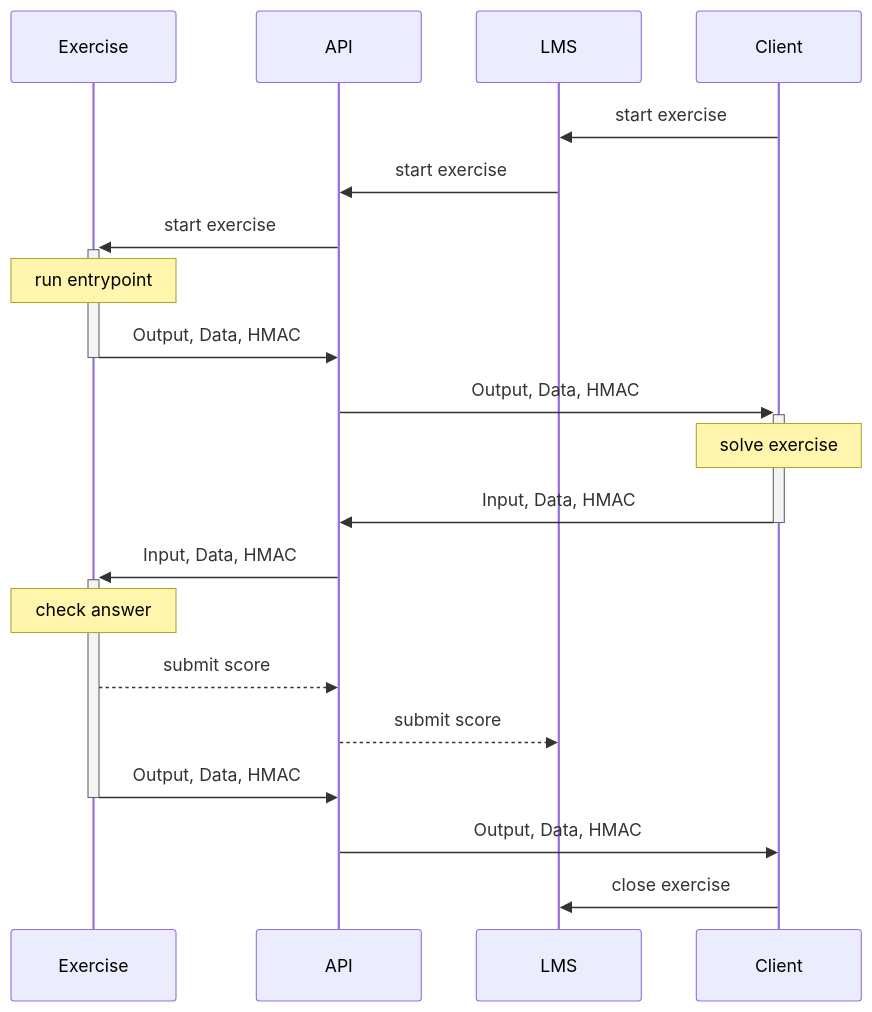
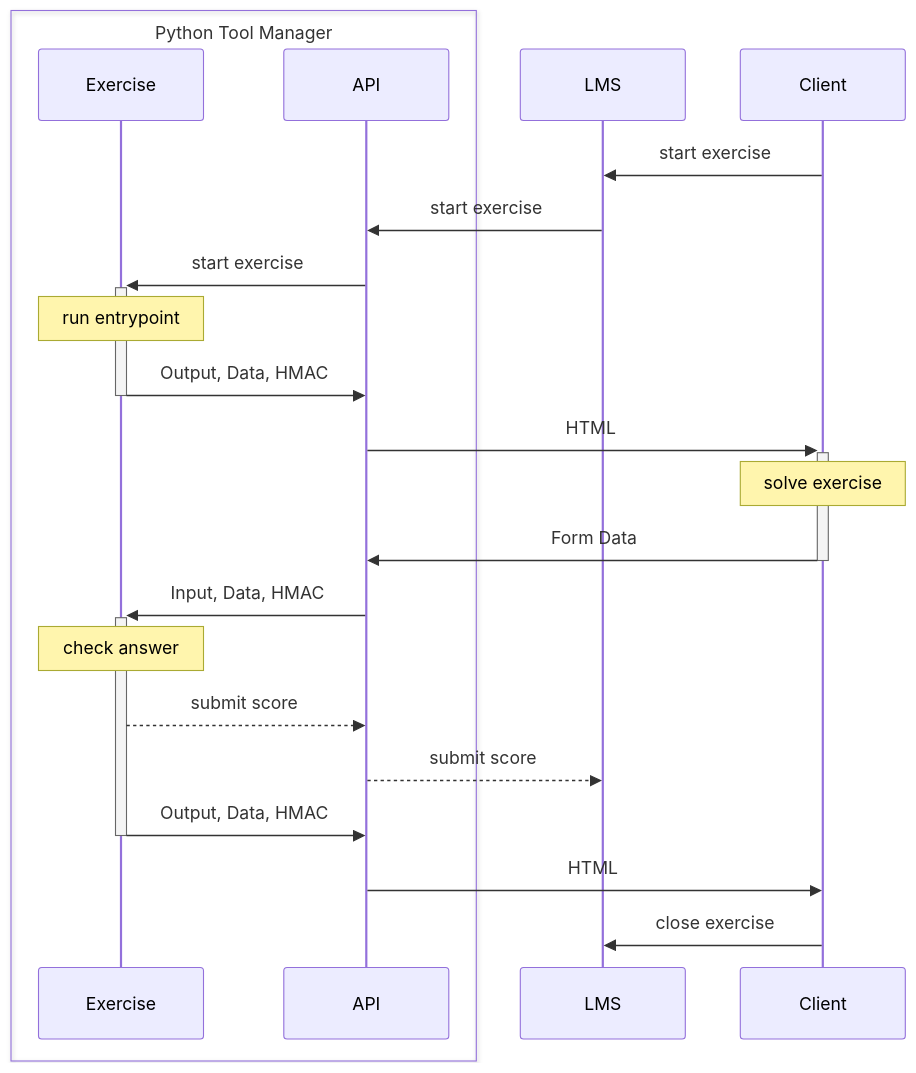
Before and after one commit to ofabel/pytm-bootstrap: the diagram in docs/graphs/communication.mmd, drawn with Mermaid. The commit also changed 6 other files, not shown here.

```diff
--- a/docs/graphs/communication.mmd
+++ b/docs/graphs/communication.mmd
@@ -1,21 +1,23 @@
 sequenceDiagram
+    box Python Tool Manager
     participant exercise as Exercise
     participant api as API
+    end
     participant lms as LMS
     participant client as Client
 
     client ->> lms: start exercise
     lms ->> api: start exercise
     api ->>+ exercise: start exercise
     Note over exercise: run entrypoint
     exercise ->>- api: Output, Data, HMAC
-    api ->>+ client: Output, Data, HMAC
+    api ->>+ client: HTML
     Note over client: solve exercise
-    client ->>- api: Input, Data, HMAC
+    client ->>- api: Form Data
     api ->>+ exercise: Input, Data, HMAC
     Note over exercise: check answer
     exercise -->> api: submit score
     api -->> lms: submit score
     exercise ->>- api: Output, Data, HMAC
-    api ->> client: Output, Data, HMAC
+    api ->> client: HTML
     client ->> lms: close exercise
```
